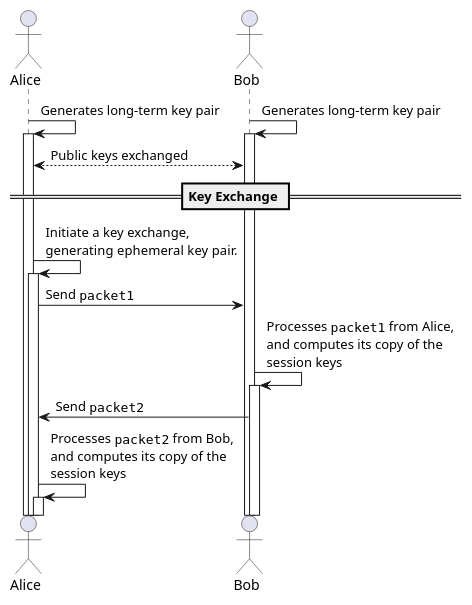
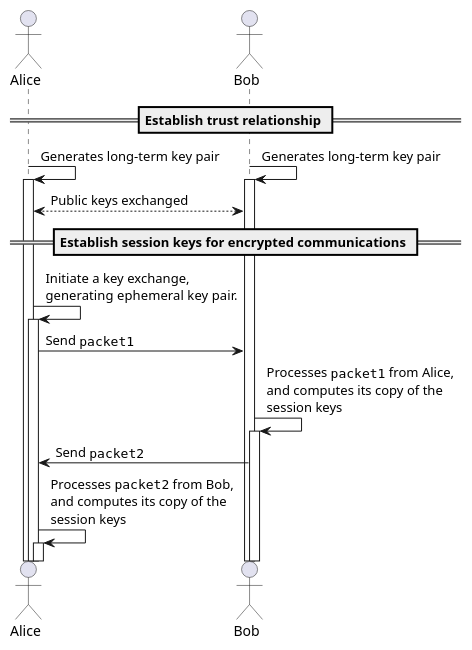
Before and after one commit to ConfiguredThings/libhydrogen-wasm: the diagram in src/documentation/puml/crypt/kx_kk.puml, drawn with PlantUML. The commit also changed 5 other files, not shown here.

```diff
--- a/src/documentation/puml/crypt/kx_kk.puml
+++ b/src/documentation/puml/crypt/kx_kk.puml
@@ -1,19 +1,20 @@
 @startuml
 !pragma teoz true
 actor Alice
 actor Bob
+== Establish trust relationship ==
 Alice -> Alice: Generates long-term key pair
 activate Alice
 & Bob -> Bob: Generates long-term key pair
 activate Bob
 Alice <--> Bob: Public keys exchanged
-== Key Exchange ==
+== Establish session keys for encrypted communications ==
 Alice -> Alice: Initiate a key exchange,\ngenerating ephemeral key pair.
 activate Alice
 Alice -> Bob: Send ""packet1""
 Bob -> Bob: Processes ""packet1"" from Alice,\nand computes its copy of the\nsession keys
 activate Bob
 Bob -> Alice: Send ""packet2""
 Alice -> Alice: Processes ""packet2"" from Bob,\nand computes its copy of the\nsession keys
 activate Alice
 @enduml
```
